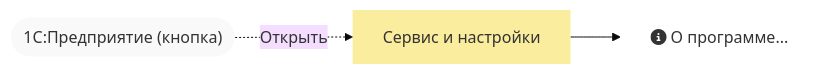
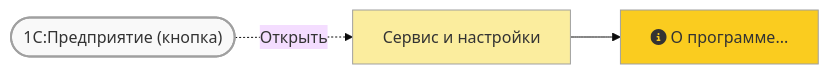
The first of 3 diagrams in faq/crash/main-white-window.md (lugovoe/manual), drawn with Mermaid (base theme) before and after one commit. The commit also changed other lines of this file, not shown here.

````diff
--- a/faq/crash/main-white-window.md
+++ b/faq/crash/main-white-window.md
@@ -28,11 +19,13 @@
 ``` mermaid
 flowchart LR
   b1(["1С:Предприятие (кнопка)"]);
-  b1 -. Открыть .-> m1[Сервис и настройки];
-  m1 --> m2[fa:fa-info-circle О программе...];
-  classDef default fill:none,stroke:none;
+  m1[Сервис и настройки];
+  m2[fa:fa-info-circle О программе...];
+  b1 -. Открыть .-> m1;
+  m1 --> m2;
+  classDef default fill:#facc1f,stroke:#a0a0a0,stroke-width:1px;
   classDef button fill:#f9f9f9,stroke-width:2px;
   classDef mainmenu fill:#fbed9e;
   class b1 button;
   class m1 mainmenu;
 ```
````
